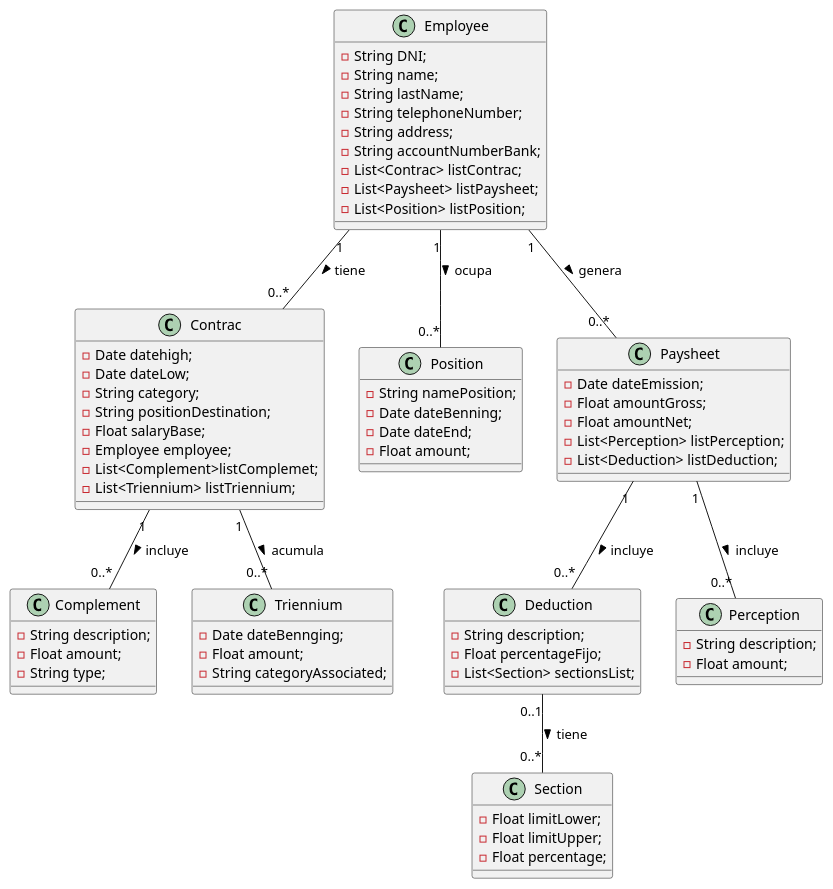
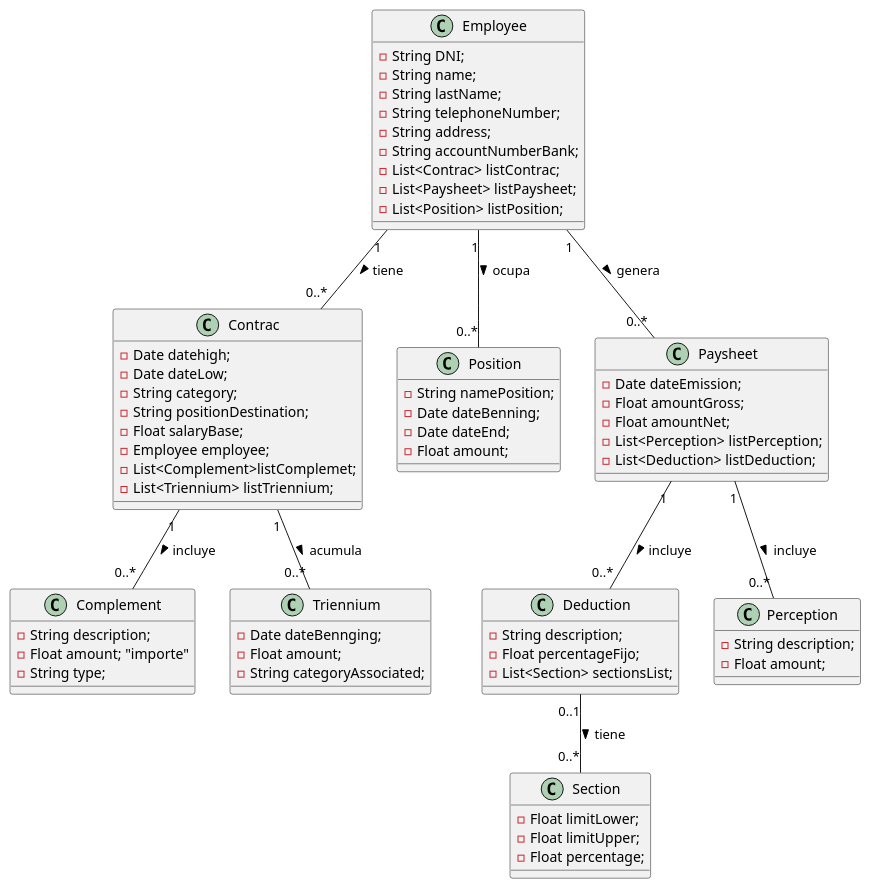
The diagram in diagram.PlantUML (carlosescamilla90/SOPORTEGESNOMINA), drawn with PlantUML before and after one commit.

```diff
--- a/diagram.PlantUML
+++ b/diagram.PlantUML
@@ -1,79 +1,79 @@
 @startuml "nomina"
 
 class Employee {
   -String DNI;
   -String name;
   -String lastName;
   -String telephoneNumber;
   -String address;
   -String accountNumberBank;
   -List<Contrac> listContrac;
   -List<Paysheet> listPaysheet;
   -List<Position> listPosition;
 }
 
 class Contrac{
   -Date datehigh;
   -Date dateLow;
   -String category;
   -String positionDestination;
   -Float salaryBase;
   -Employee employee;
   -List<Complement>listComplemet;
   -List<Triennium> listTriennium;
 }
 
 class Complement{
     -String description;
-    -Float amount;
+    -Float amount; "importe"
     -String type;
 }
 
 class Triennium{
     -Date dateBennging;
     -Float amount;
     -String categoryAssociated;
 }
 
 class Position{
     -String namePosition;
     -Date dateBenning;
     -Date dateEnd;
     -Float amount;
 }
 
 class Deduction{
     -String description;
     -Float percentageFijo;
     -List<Section> sectionsList;
 }
 
 class Section{
     -Float limitLower;
     -Float limitUpper;
     -Float percentage;
 }
 
 class Paysheet{
     -Date dateEmission;
     -Float amountGross;
     -Float amountNet;
     -List<Perception> listPerception;
     -List<Deduction> listDeduction;
 }
 
 class Perception{
     -String description;
     -Float amount;
 }
 
 Employee "1" -- "0..*" Contrac : tiene >
 Employee "1" -- "0..*" Paysheet : genera >
 Contrac "1" -- "0..*" Complement : incluye >
 Contrac "1" -- "0..*" Triennium : acumula >
 Employee "1" -- "0..*" Position : ocupa >
 Paysheet "1" -- "0..*" Perception : incluye >
 Paysheet "1"  -- "0..*" Deduction : incluye >
 Deduction "0..1" -- "0..*" Section : tiene >
 
 @enduml
```
